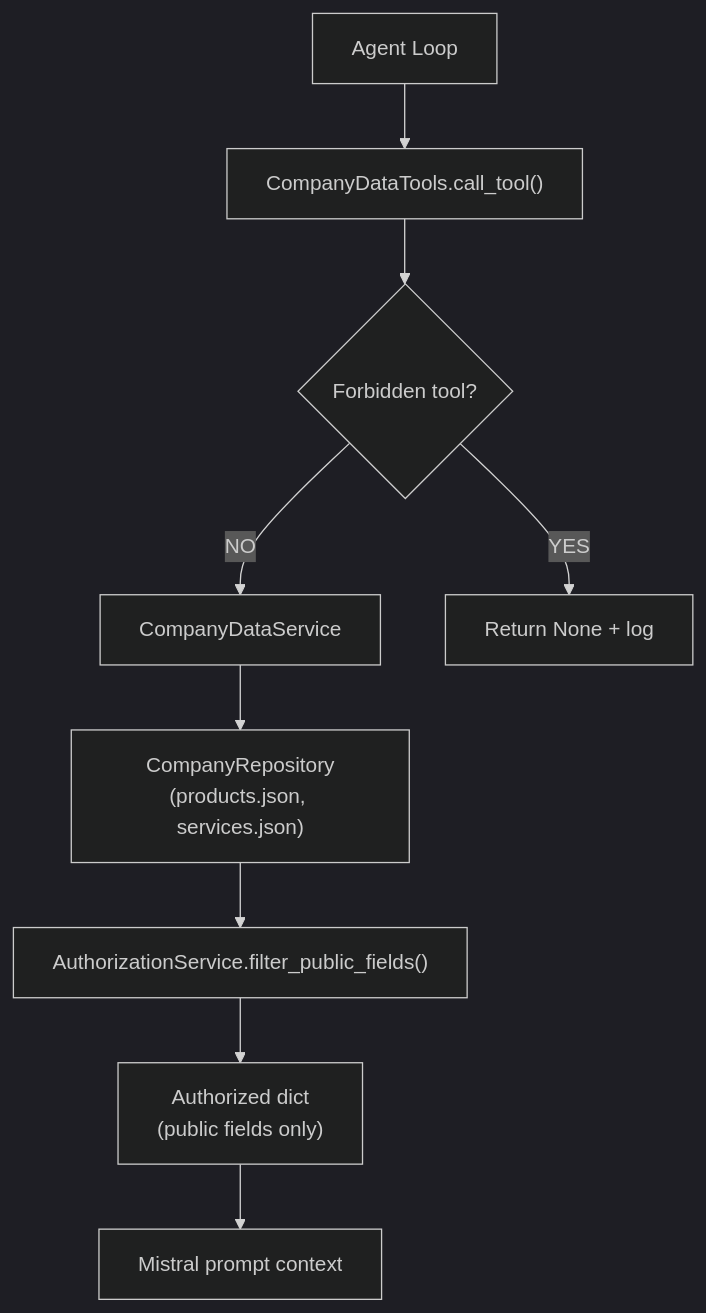
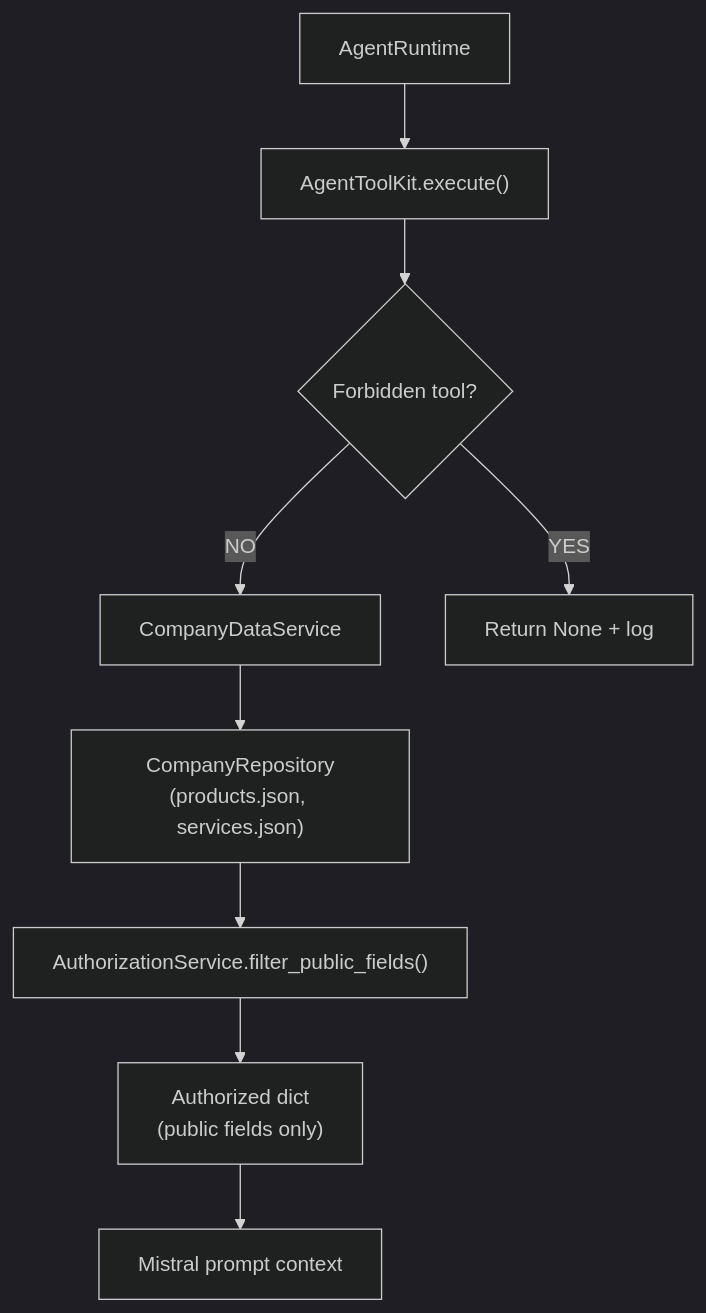
One commit to Nisarg9072-god/Email-Agent changed the fourth of 9 diagrams in README.md. Above: the diagram before and after it, drawn with Mermaid (dark theme). The commit also changed other lines of this file and 5 other files, not shown here.

````diff
--- a/README.md
+++ b/README.md
@@ -431,20 +438,20 @@
 ```mermaid
 flowchart TD
-    Agent["Agent Loop"]
-    Tool["CompanyDataTools.call_tool()"]
+    Runtime["AgentRuntime"]
+    Tool["AgentToolKit.execute()"]
     Forbidden{"Forbidden tool?"}
     Service["CompanyDataService"]
     Auth["AuthorizationService.filter_public_fields()"]
     Repo["CompanyRepository<br/>(products.json, services.json)"]
     Filtered["Authorized dict<br/>(public fields only)"]
     Prompt["Mistral prompt context"]
 
-    Agent --> Tool
+    Runtime --> Tool
     Tool --> Forbidden
     Forbidden -->|YES| Block["Return None + log"]
     Forbidden -->|NO| Service
     Service --> Repo
     Repo --> Auth
     Auth --> Filtered
     Filtered --> Prompt
 ```
````
